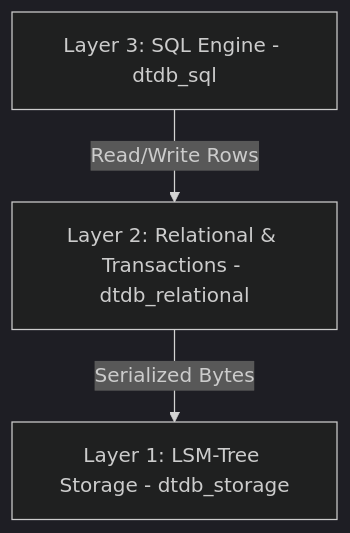
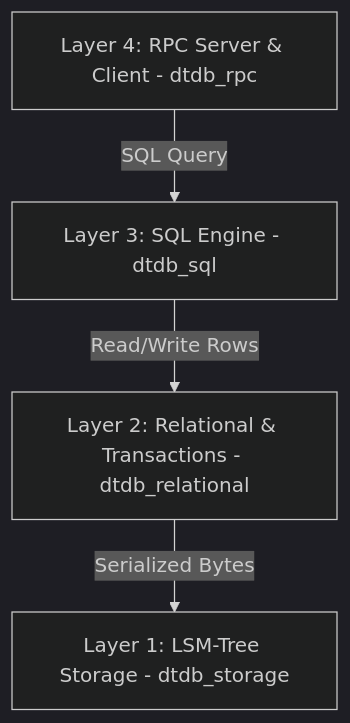
Before and after one commit to dogacan/dtdb: the diagram in README.md, drawn with Mermaid (dark theme). The commit also changed other lines of this file and 1 other file, not shown here.

First line of the commit message:
Add documentation for supported SQL subset

````diff
--- a/README.md
+++ b/README.md
@@ -11,5 +11,6 @@
 ```mermaid
 graph TD
-    A[Layer 3: SQL Engine - dtdb_sql] -->|Read/Write Rows| B[Layer 2: Relational & Transactions - dtdb_relational]
-    B -->|Serialized Bytes| C[Layer 1: LSM-Tree Storage - dtdb_storage]
+    A[Layer 4: RPC Server & Client - dtdb_rpc] -->|SQL Query| B[Layer 3: SQL Engine - dtdb_sql]
+    B -->|Read/Write Rows| C[Layer 2: Relational & Transactions - dtdb_relational]
+    C -->|Serialized Bytes| D[Layer 1: LSM-Tree Storage - dtdb_storage]
 ```
````
